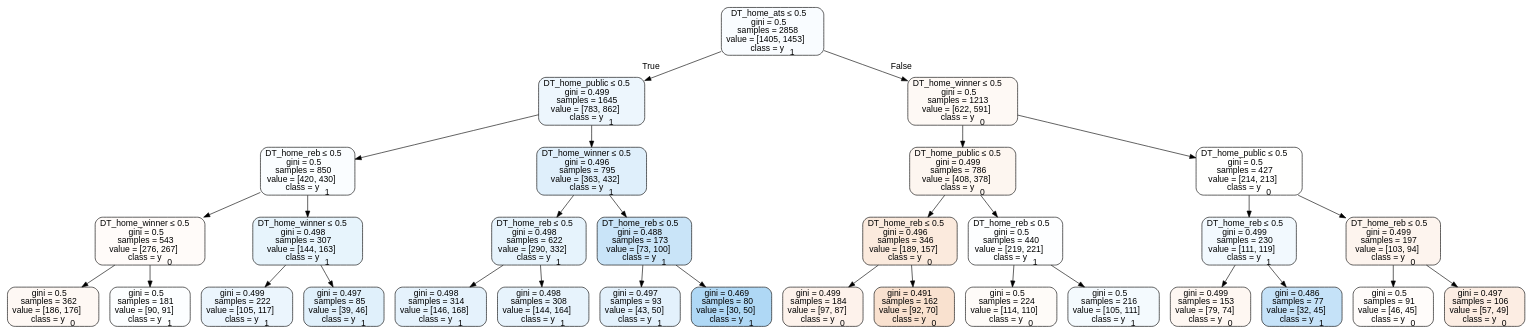
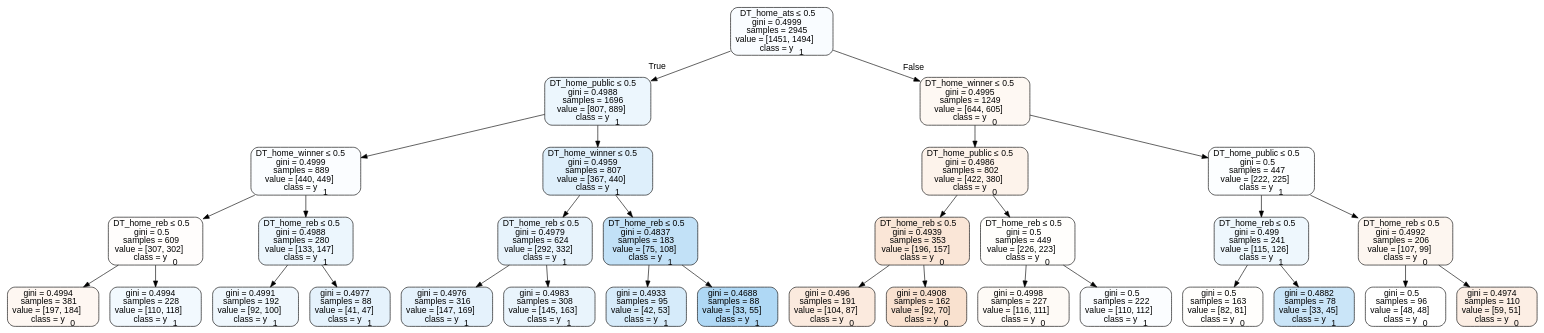
The diagram in Basketball/data/trees/treeneutral.dot (usbogie/ncaa-bets), drawn with Graphviz before and after one commit. The commit also changed 41 other files, not shown here.

```diff
--- a/Basketball/data/trees/treeneutral.dot
+++ b/Basketball/data/trees/treeneutral.dot
@@ -1,65 +1,65 @@
 digraph Tree {
 node [shape=box, style="filled, rounded", color="black", fontname=helvetica] ;
 edge [fontname=helvetica] ;
-0 [label=<DT_home_ats &le; 0.5<br/>gini = 0.5<br/>samples = 2858<br/>value = [1405, 1453]<br/>class = y<SUB>1</SUB>>, fillcolor="#399de508"] ;
-1 [label=<DT_home_public &le; 0.5<br/>gini = 0.499<br/>samples = 1645<br/>value = [783, 862]<br/>class = y<SUB>1</SUB>>, fillcolor="#399de517"] ;
+0 [label=<DT_home_ats &le; 0.5<br/>gini = 0.4999<br/>samples = 2945<br/>value = [1451, 1494]<br/>class = y<SUB>1</SUB>>, fillcolor="#399de507"] ;
+1 [label=<DT_home_public &le; 0.5<br/>gini = 0.4988<br/>samples = 1696<br/>value = [807, 889]<br/>class = y<SUB>1</SUB>>, fillcolor="#399de518"] ;
 0 -> 1 [labeldistance=2.5, labelangle=45, headlabel="True"] ;
-2 [label=<DT_home_reb &le; 0.5<br/>gini = 0.5<br/>samples = 850<br/>value = [420, 430]<br/>class = y<SUB>1</SUB>>, fillcolor="#399de506"] ;
+2 [label=<DT_home_winner &le; 0.5<br/>gini = 0.4999<br/>samples = 889<br/>value = [440, 449]<br/>class = y<SUB>1</SUB>>, fillcolor="#399de505"] ;
 1 -> 2 ;
-3 [label=<DT_home_winner &le; 0.5<br/>gini = 0.5<br/>samples = 543<br/>value = [276, 267]<br/>class = y<SUB>0</SUB>>, fillcolor="#e5813908"] ;
+3 [label=<DT_home_reb &le; 0.5<br/>gini = 0.5<br/>samples = 609<br/>value = [307, 302]<br/>class = y<SUB>0</SUB>>, fillcolor="#e5813904"] ;
 2 -> 3 ;
-4 [label=<gini = 0.5<br/>samples = 362<br/>value = [186, 176]<br/>class = y<SUB>0</SUB>>, fillcolor="#e581390e"] ;
+4 [label=<gini = 0.4994<br/>samples = 381<br/>value = [197, 184]<br/>class = y<SUB>0</SUB>>, fillcolor="#e5813911"] ;
 3 -> 4 ;
-5 [label=<gini = 0.5<br/>samples = 181<br/>value = [90, 91]<br/>class = y<SUB>1</SUB>>, fillcolor="#399de503"] ;
+5 [label=<gini = 0.4994<br/>samples = 228<br/>value = [110, 118]<br/>class = y<SUB>1</SUB>>, fillcolor="#399de511"] ;
 3 -> 5 ;
-6 [label=<DT_home_winner &le; 0.5<br/>gini = 0.498<br/>samples = 307<br/>value = [144, 163]<br/>class = y<SUB>1</SUB>>, fillcolor="#399de51e"] ;
+6 [label=<DT_home_reb &le; 0.5<br/>gini = 0.4988<br/>samples = 280<br/>value = [133, 147]<br/>class = y<SUB>1</SUB>>, fillcolor="#399de518"] ;
 2 -> 6 ;
-7 [label=<gini = 0.499<br/>samples = 222<br/>value = [105, 117]<br/>class = y<SUB>1</SUB>>, fillcolor="#399de51a"] ;
+7 [label=<gini = 0.4991<br/>samples = 192<br/>value = [92, 100]<br/>class = y<SUB>1</SUB>>, fillcolor="#399de514"] ;
 6 -> 7 ;
-8 [label=<gini = 0.497<br/>samples = 85<br/>value = [39, 46]<br/>class = y<SUB>1</SUB>>, fillcolor="#399de527"] ;
+8 [label=<gini = 0.4977<br/>samples = 88<br/>value = [41, 47]<br/>class = y<SUB>1</SUB>>, fillcolor="#399de521"] ;
 6 -> 8 ;
-9 [label=<DT_home_winner &le; 0.5<br/>gini = 0.496<br/>samples = 795<br/>value = [363, 432]<br/>class = y<SUB>1</SUB>>, fillcolor="#399de529"] ;
+9 [label=<DT_home_winner &le; 0.5<br/>gini = 0.4959<br/>samples = 807<br/>value = [367, 440]<br/>class = y<SUB>1</SUB>>, fillcolor="#399de52a"] ;
 1 -> 9 ;
-10 [label=<DT_home_reb &le; 0.5<br/>gini = 0.498<br/>samples = 622<br/>value = [290, 332]<br/>class = y<SUB>1</SUB>>, fillcolor="#399de520"] ;
+10 [label=<DT_home_reb &le; 0.5<br/>gini = 0.4979<br/>samples = 624<br/>value = [292, 332]<br/>class = y<SUB>1</SUB>>, fillcolor="#399de51f"] ;
 9 -> 10 ;
-11 [label=<gini = 0.498<br/>samples = 314<br/>value = [146, 168]<br/>class = y<SUB>1</SUB>>, fillcolor="#399de521"] ;
+11 [label=<gini = 0.4976<br/>samples = 316<br/>value = [147, 169]<br/>class = y<SUB>1</SUB>>, fillcolor="#399de521"] ;
 10 -> 11 ;
-12 [label=<gini = 0.498<br/>samples = 308<br/>value = [144, 164]<br/>class = y<SUB>1</SUB>>, fillcolor="#399de51f"] ;
+12 [label=<gini = 0.4983<br/>samples = 308<br/>value = [145, 163]<br/>class = y<SUB>1</SUB>>, fillcolor="#399de51c"] ;
 10 -> 12 ;
-13 [label=<DT_home_reb &le; 0.5<br/>gini = 0.488<br/>samples = 173<br/>value = [73, 100]<br/>class = y<SUB>1</SUB>>, fillcolor="#399de545"] ;
+13 [label=<DT_home_reb &le; 0.5<br/>gini = 0.4837<br/>samples = 183<br/>value = [75, 108]<br/>class = y<SUB>1</SUB>>, fillcolor="#399de54e"] ;
 9 -> 13 ;
-14 [label=<gini = 0.497<br/>samples = 93<br/>value = [43, 50]<br/>class = y<SUB>1</SUB>>, fillcolor="#399de524"] ;
+14 [label=<gini = 0.4933<br/>samples = 95<br/>value = [42, 53]<br/>class = y<SUB>1</SUB>>, fillcolor="#399de535"] ;
 13 -> 14 ;
-15 [label=<gini = 0.469<br/>samples = 80<br/>value = [30, 50]<br/>class = y<SUB>1</SUB>>, fillcolor="#399de566"] ;
+15 [label=<gini = 0.4688<br/>samples = 88<br/>value = [33, 55]<br/>class = y<SUB>1</SUB>>, fillcolor="#399de566"] ;
 13 -> 15 ;
-16 [label=<DT_home_winner &le; 0.5<br/>gini = 0.5<br/>samples = 1213<br/>value = [622, 591]<br/>class = y<SUB>0</SUB>>, fillcolor="#e581390d"] ;
+16 [label=<DT_home_winner &le; 0.5<br/>gini = 0.4995<br/>samples = 1249<br/>value = [644, 605]<br/>class = y<SUB>0</SUB>>, fillcolor="#e581390f"] ;
 0 -> 16 [labeldistance=2.5, labelangle=-45, headlabel="False"] ;
-17 [label=<DT_home_public &le; 0.5<br/>gini = 0.499<br/>samples = 786<br/>value = [408, 378]<br/>class = y<SUB>0</SUB>>, fillcolor="#e5813913"] ;
+17 [label=<DT_home_public &le; 0.5<br/>gini = 0.4986<br/>samples = 802<br/>value = [422, 380]<br/>class = y<SUB>0</SUB>>, fillcolor="#e5813919"] ;
 16 -> 17 ;
-18 [label=<DT_home_reb &le; 0.5<br/>gini = 0.496<br/>samples = 346<br/>value = [189, 157]<br/>class = y<SUB>0</SUB>>, fillcolor="#e581392b"] ;
+18 [label=<DT_home_reb &le; 0.5<br/>gini = 0.4939<br/>samples = 353<br/>value = [196, 157]<br/>class = y<SUB>0</SUB>>, fillcolor="#e5813933"] ;
 17 -> 18 ;
-19 [label=<gini = 0.499<br/>samples = 184<br/>value = [97, 87]<br/>class = y<SUB>0</SUB>>, fillcolor="#e581391a"] ;
+19 [label=<gini = 0.496<br/>samples = 191<br/>value = [104, 87]<br/>class = y<SUB>0</SUB>>, fillcolor="#e581392a"] ;
 18 -> 19 ;
-20 [label=<gini = 0.491<br/>samples = 162<br/>value = [92, 70]<br/>class = y<SUB>0</SUB>>, fillcolor="#e581393d"] ;
+20 [label=<gini = 0.4908<br/>samples = 162<br/>value = [92, 70]<br/>class = y<SUB>0</SUB>>, fillcolor="#e581393d"] ;
 18 -> 20 ;
-21 [label=<DT_home_reb &le; 0.5<br/>gini = 0.5<br/>samples = 440<br/>value = [219, 221]<br/>class = y<SUB>1</SUB>>, fillcolor="#399de502"] ;
+21 [label=<DT_home_reb &le; 0.5<br/>gini = 0.5<br/>samples = 449<br/>value = [226, 223]<br/>class = y<SUB>0</SUB>>, fillcolor="#e5813903"] ;
 17 -> 21 ;
-22 [label=<gini = 0.5<br/>samples = 224<br/>value = [114, 110]<br/>class = y<SUB>0</SUB>>, fillcolor="#e5813909"] ;
+22 [label=<gini = 0.4998<br/>samples = 227<br/>value = [116, 111]<br/>class = y<SUB>0</SUB>>, fillcolor="#e581390b"] ;
 21 -> 22 ;
-23 [label=<gini = 0.5<br/>samples = 216<br/>value = [105, 111]<br/>class = y<SUB>1</SUB>>, fillcolor="#399de50e"] ;
+23 [label=<gini = 0.5<br/>samples = 222<br/>value = [110, 112]<br/>class = y<SUB>1</SUB>>, fillcolor="#399de505"] ;
 21 -> 23 ;
-24 [label=<DT_home_public &le; 0.5<br/>gini = 0.5<br/>samples = 427<br/>value = [214, 213]<br/>class = y<SUB>0</SUB>>, fillcolor="#e5813901"] ;
+24 [label=<DT_home_public &le; 0.5<br/>gini = 0.5<br/>samples = 447<br/>value = [222, 225]<br/>class = y<SUB>1</SUB>>, fillcolor="#399de503"] ;
 16 -> 24 ;
-25 [label=<DT_home_reb &le; 0.5<br/>gini = 0.499<br/>samples = 230<br/>value = [111, 119]<br/>class = y<SUB>1</SUB>>, fillcolor="#399de511"] ;
+25 [label=<DT_home_reb &le; 0.5<br/>gini = 0.499<br/>samples = 241<br/>value = [115, 126]<br/>class = y<SUB>1</SUB>>, fillcolor="#399de516"] ;
 24 -> 25 ;
-26 [label=<gini = 0.499<br/>samples = 153<br/>value = [79, 74]<br/>class = y<SUB>0</SUB>>, fillcolor="#e5813910"] ;
+26 [label=<gini = 0.5<br/>samples = 163<br/>value = [82, 81]<br/>class = y<SUB>0</SUB>>, fillcolor="#e5813903"] ;
 25 -> 26 ;
-27 [label=<gini = 0.486<br/>samples = 77<br/>value = [32, 45]<br/>class = y<SUB>1</SUB>>, fillcolor="#399de54a"] ;
+27 [label=<gini = 0.4882<br/>samples = 78<br/>value = [33, 45]<br/>class = y<SUB>1</SUB>>, fillcolor="#399de544"] ;
 25 -> 27 ;
-28 [label=<DT_home_reb &le; 0.5<br/>gini = 0.499<br/>samples = 197<br/>value = [103, 94]<br/>class = y<SUB>0</SUB>>, fillcolor="#e5813916"] ;
+28 [label=<DT_home_reb &le; 0.5<br/>gini = 0.4992<br/>samples = 206<br/>value = [107, 99]<br/>class = y<SUB>0</SUB>>, fillcolor="#e5813913"] ;
 24 -> 28 ;
-29 [label=<gini = 0.5<br/>samples = 91<br/>value = [46, 45]<br/>class = y<SUB>0</SUB>>, fillcolor="#e5813906"] ;
+29 [label=<gini = 0.5<br/>samples = 96<br/>value = [48, 48]<br/>class = y<SUB>0</SUB>>, fillcolor="#e5813900"] ;
 28 -> 29 ;
-30 [label=<gini = 0.497<br/>samples = 106<br/>value = [57, 49]<br/>class = y<SUB>0</SUB>>, fillcolor="#e5813924"] ;
+30 [label=<gini = 0.4974<br/>samples = 110<br/>value = [59, 51]<br/>class = y<SUB>0</SUB>>, fillcolor="#e5813923"] ;
 28 -> 30 ;
 }
```
